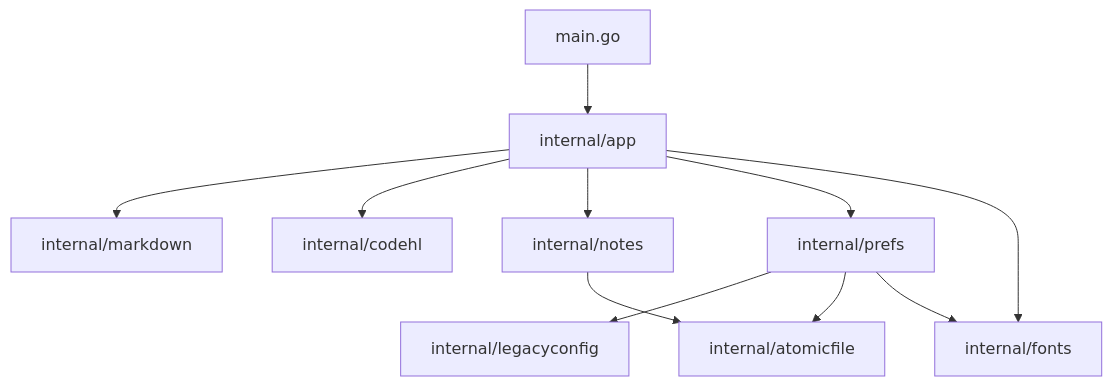
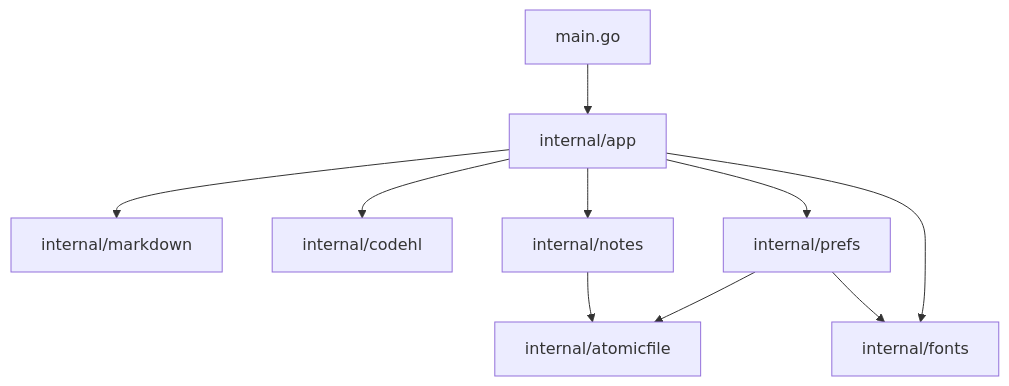
Before and after one commit to blackbot7k-boop/Zakki: the diagram in docs/engineering-standard.md, drawn with Mermaid. The commit also changed other lines of this file and 108 other files, not shown here.

````diff
--- a/docs/engineering-standard.md
+++ b/docs/engineering-standard.md
@@ -46,22 +45,20 @@
 ```mermaid
 flowchart TD
     entry["main.go"]
     appPkg["internal/app"]
     mdPkg["internal/markdown"]
     hlPkg["internal/codehl"]
     notesPkg["internal/notes"]
     prefsPkg["internal/prefs"]
-    legacyPkg["internal/legacyconfig"]
     fontsPkg["internal/fonts"]
     atomicPkg["internal/atomicfile"]
     entry --> appPkg
     appPkg --> mdPkg
     appPkg --> hlPkg
     appPkg --> notesPkg
     appPkg --> prefsPkg
     appPkg --> fontsPkg
-    prefsPkg --> legacyPkg
     prefsPkg --> atomicPkg
     prefsPkg --> fontsPkg
     notesPkg --> atomicPkg
 ```
````
